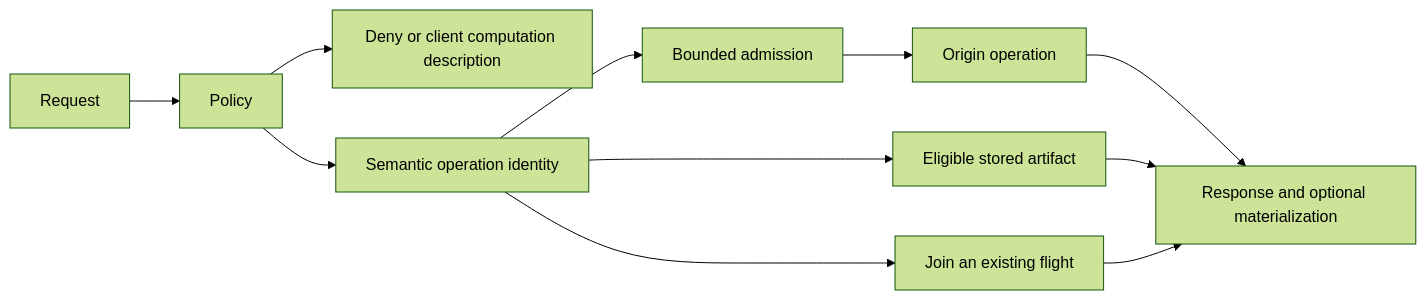
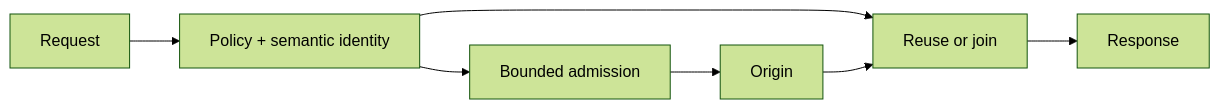
One commit to aalsanie/bounded-origin changed the diagram in README.md. Above: the diagram before and after it, drawn with Mermaid (forest theme). The commit also changed other lines of this file and 4 other files, not shown here.

````diff
--- a/README.md
+++ b/README.md
@@ -37,13 +37,9 @@
 ```mermaid
 flowchart LR
-    R[Request] --> P[Policy]
-    P --> D[Deny or client computation description]
-    P --> K[Semantic operation identity]
-    K --> A[Eligible stored artifact]
-    K --> F[Join an existing flight]
-    K --> B[Bounded admission]
-    B --> O[Origin operation]
-    O --> S[Response and optional materialization]
-    A --> S
-    F --> S
+    R[Request] --> P[Policy + semantic identity]
+    P --> S[Reuse or join]
+    P --> B[Bounded admission]
+    B --> O[Origin]
+    O --> S
+    S --> D[Response]
 ```
````
